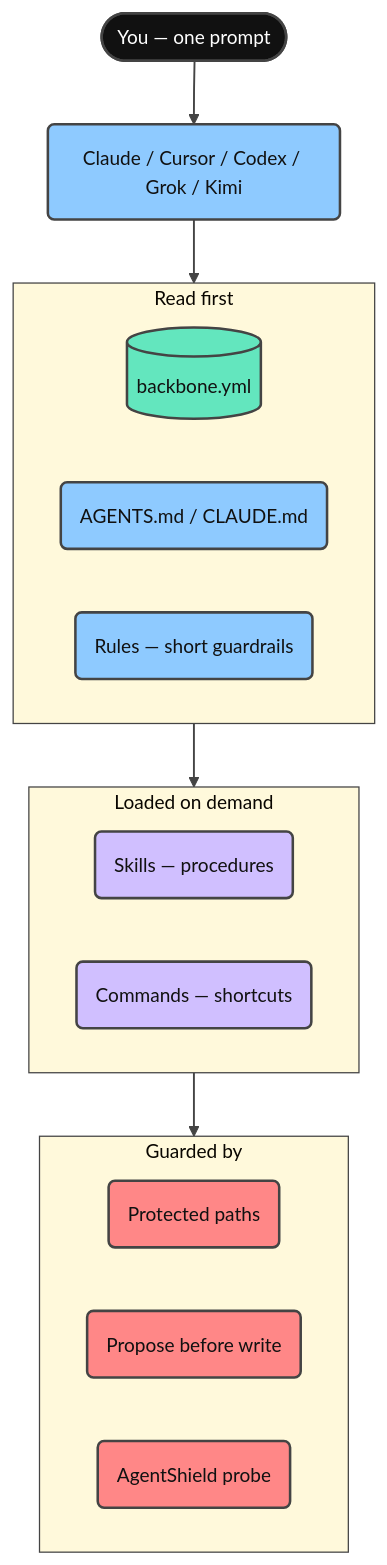
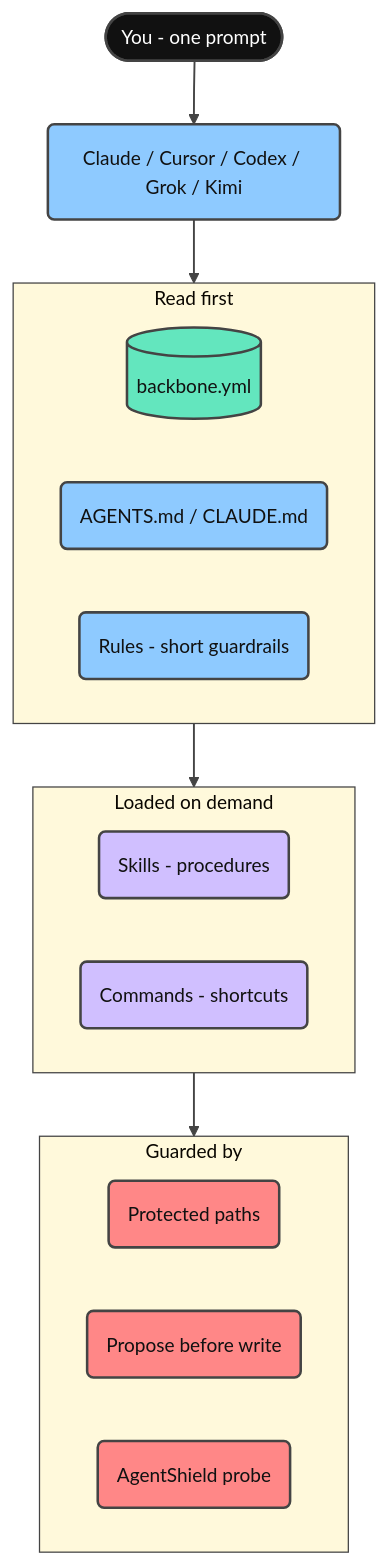
One commit to giang6283623/minimal-vibe-coding-kit changed the second of 8 diagrams in README.md. Above: the diagram before and after it, drawn with Mermaid. The commit also changed other lines of this file and 579 other files, not shown here.

Commit message:
update kimi and enhance some rules kills

````diff
--- a/README.md
+++ b/README.md
@@ -159,51 +159,51 @@
 ```mermaid
 ---
 config:
   theme: base
   themeVariables:
     fontFamily: cascadia mono, consolas, noto sans mono, menlo, monospace
     fontSize: 15px
     lineColor: "#444444"
     textColor: "#111111"
     edgeLabelBackground: "#FFFFFF"
     clusterBkg: "#FFF9DB"
     clusterBorder: "#444444"
 ---
 flowchart TD
-    You([You — one prompt]) --> Agent("Claude / Cursor / Codex / Grok / Kimi")
+    You([You - one prompt]) --> Agent("Claude / Cursor / Codex / Grok / Kimi")
 
     subgraph First["Read first"]
         Backbone[("backbone.yml")]
         Docs("AGENTS.md / CLAUDE.md")
-        Rules("Rules — short guardrails")
+        Rules("Rules - short guardrails")
     end
 
     subgraph Demand["Loaded on demand"]
-        Skills("Skills — procedures")
-        Commands("Commands — shortcuts")
+        Skills("Skills - procedures")
+        Commands("Commands - shortcuts")
     end
 
     subgraph Guard["Guarded by"]
         Protected("Protected paths")
         Propose("Propose before write")
         Shield("AgentShield probe")
     end
 
     Agent --> First
     First --> Demand
     Demand --> Guard
 
     classDef terminal fill:#111111,stroke:#444444,stroke-width:2px,color:#FFFFFF
     classDef step fill:#8ECAFF,stroke:#444444,stroke-width:2px,color:#111111
     classDef data fill:#63E6BE,stroke:#444444,stroke-width:2px,color:#111111
     classDef accent fill:#D0BFFF,stroke:#444444,stroke-width:2px,color:#111111
     classDef danger fill:#FF8787,stroke:#444444,stroke-width:2px,color:#111111
     linkStyle default stroke:#444444,stroke-width:1.5px
 
     class You terminal
     class Agent step
     class Backbone data
     class Docs,Rules step
     class Skills,Commands accent
     class Protected,Propose,Shield danger
 ```
````
